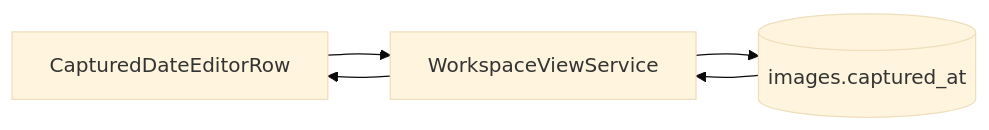
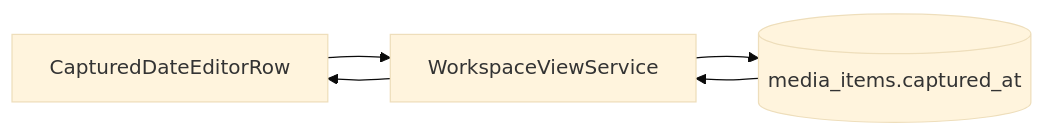
Before and after one commit to matkleve/feldpost: the first of 2 diagrams in docs/specs/component/captured-date-editor.md, drawn with Mermaid (base theme). The commit also changed other lines of this file and 26 other files, not shown here.

First line of the commit message:
refactor: update terminology from 'images' to 'media items' across documentation

````diff
--- a/docs/specs/component/captured-date-editor.md
+++ b/docs/specs/component/captured-date-editor.md
@@ -41,7 +41,7 @@
 ```mermaid
 flowchart LR
 	UI[CapturedDateEditorRow] --> S[WorkspaceViewService]
-	S --> DB[(images.captured_at)]
+	S --> DB[(media_items.captured_at)]
 	DB --> S
 	S --> UI
 ```
````
